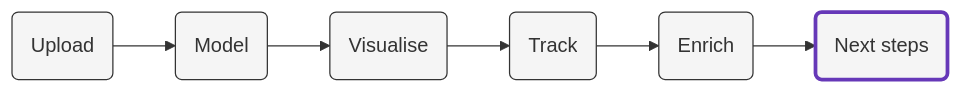
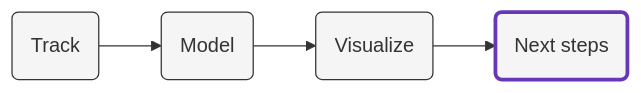
The diagram in content/next_steps/_index.md (snowplow/snowplow-ecommerce-tracking-accelerator), drawn with Mermaid before and after one commit. The commit also changed other lines of this file and 7 other files, not shown here.

```diff
--- a/content/next_steps/_index.md
+++ b/content/next_steps/_index.md
@@ -12,10 +12,8 @@
 {{<mermaid>}}
 flowchart LR
-    id1(Upload)-->id2(Model)-->id3(Visualise)-->id4(Track)-->id5(Enrich)-->id6(Next steps)
-    style id6 fill:#f5f5f5,stroke:#6638B8,stroke-width:3px
+    id1(Track)-->id2(Model)-->id3(Visualize)-->id4(Next steps)
     style id1 fill:#f5f5f5,stroke:#333,stroke-width:1px
+    style id2 fill:#f5f5f5,stroke:#333,stroke-width:1px
     style id3 fill:#f5f5f5,stroke:#333,stroke-width:1px
-    style id4 fill:#f5f5f5,stroke:#333,stroke-width:1px
-    style id2 fill:#f5f5f5,stroke:#333,stroke-width:1px
-    style id5 fill:#f5f5f5,stroke:#333,stroke-width:1px
+    style id4 fill:#f5f5f5,stroke:#6638B8,stroke-width:3px
 {{</mermaid >}}
```
